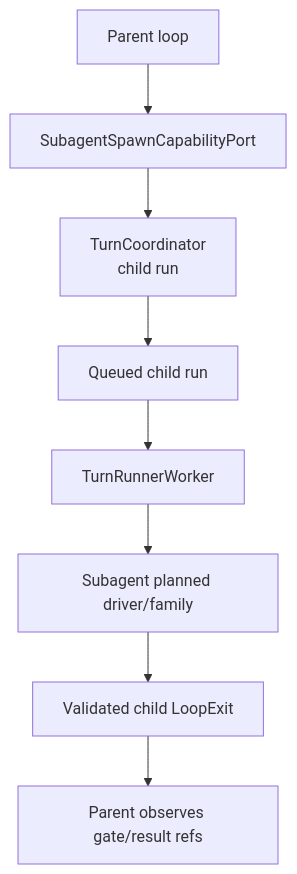
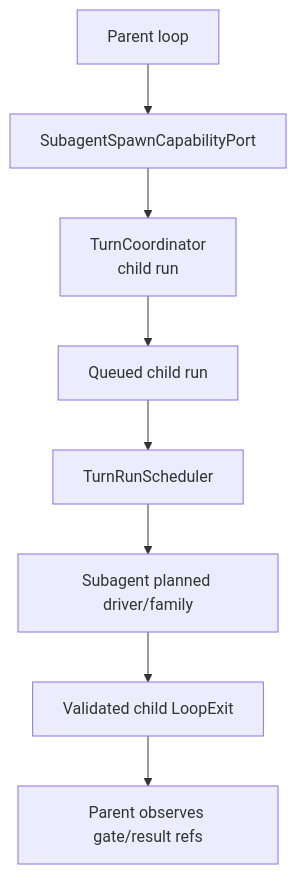
Before and after one commit to nearai/ironclaw: the seventh of 7 diagrams in crates/Architecture.md, drawn with Mermaid. The commit also changed other lines of this file and 29 other files, not shown here.

````diff
--- a/crates/Architecture.md
+++ b/crates/Architecture.md
@@ -820,19 +850,19 @@
 ```mermaid
 flowchart TD
     Parent["Parent loop"]
     Spawn["SubagentSpawnCapabilityPort"]
     ChildSubmit["TurnCoordinator\nchild run"]
     ChildQueue["Queued child run"]
-    Runner["TurnRunnerWorker"]
+    Runner["TurnRunScheduler"]
     SubDriver["Subagent planned driver/family"]
     Exit["Validated child LoopExit"]
     ParentResume["Parent observes gate/result refs"]
 
     Parent --> Spawn
     Spawn --> ChildSubmit
     ChildSubmit --> ChildQueue
     ChildQueue --> Runner
     Runner --> SubDriver
     SubDriver --> Exit
     Exit --> ParentResume
 ```
````
